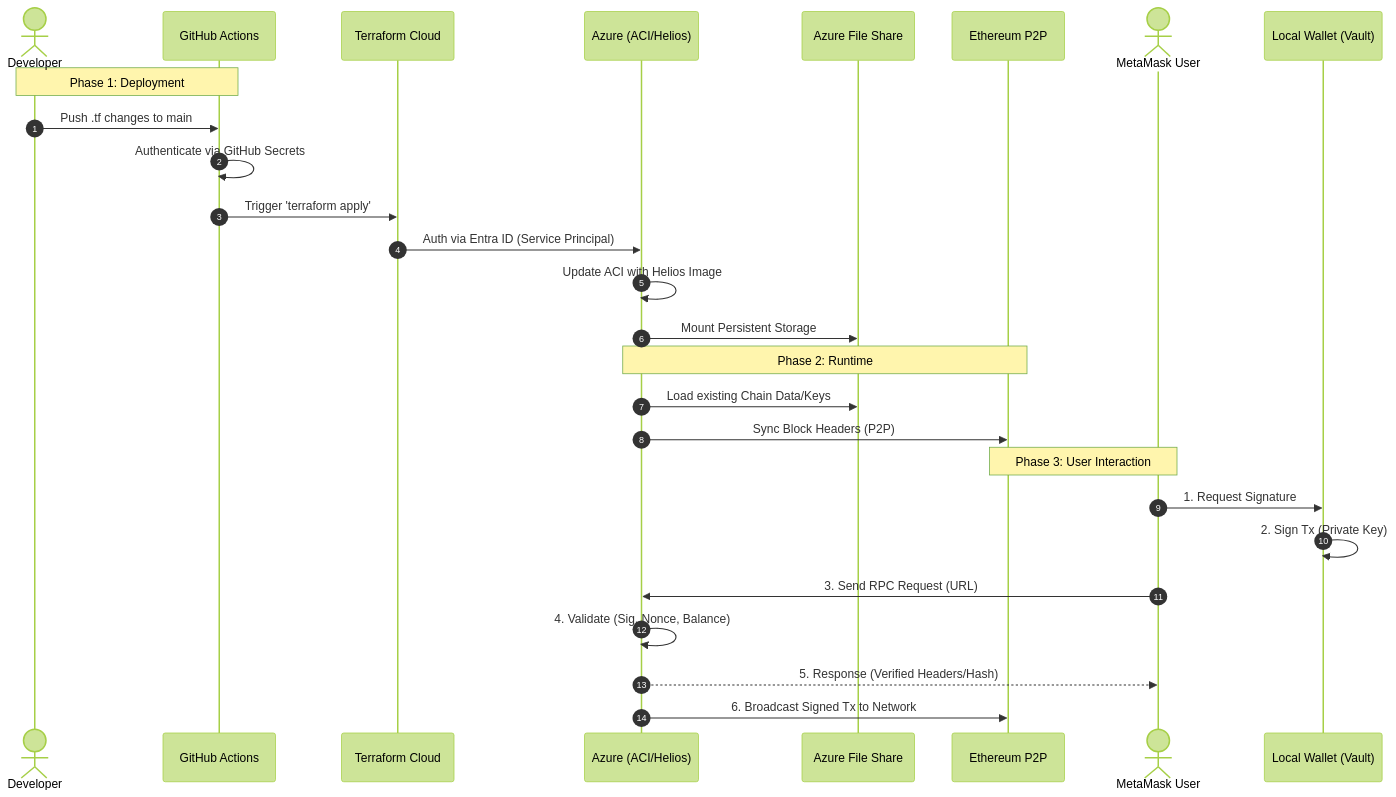
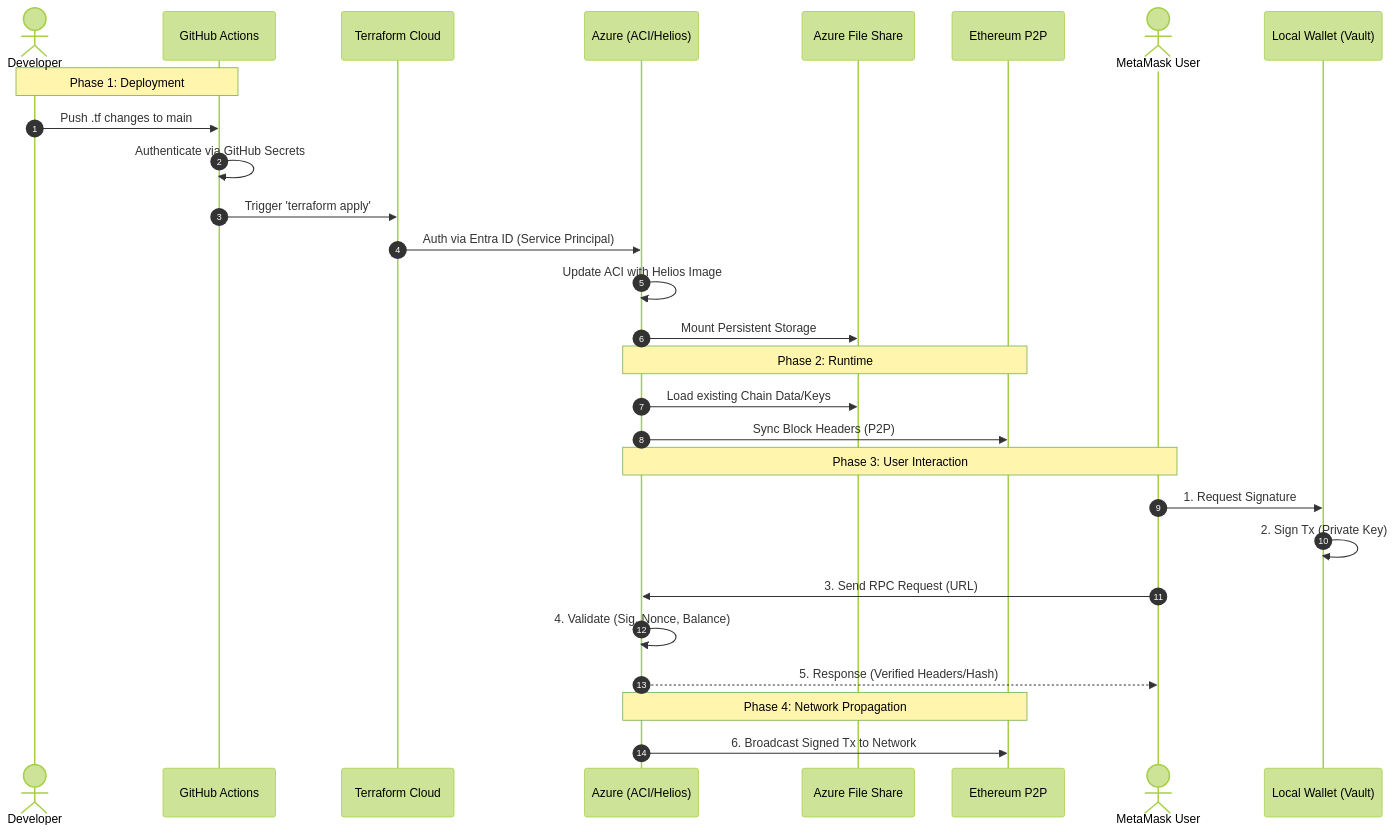
The fourth of 4 diagrams in HighLevelDesign.md (vfr750y/Cost-Optimized-Ethereum-Node-On-Azure), drawn with Mermaid (forest theme) before and after one commit.

Commit message:
edit hld - sequence diagram

````diff
--- a/HighLevelDesign.md
+++ b/HighLevelDesign.md
@@ -127,33 +127,35 @@
 ```mermaid
 sequenceDiagram
     autonumber
     actor Dev as Developer
     participant GH as GitHub Actions
     participant TF as Terraform Cloud
     participant Azure as Azure (ACI/Helios)
     participant FS as Azure File Share
     participant BC as Ethereum P2P
 
     Note over Dev, GH: Phase 1: Deployment
     Dev->>GH: Push .tf changes to main
     GH->>GH: Authenticate via GitHub Secrets
     GH->>TF: Trigger 'terraform apply'
     TF->>Azure: Auth via Entra ID (Service Principal)
     Azure->>Azure: Update ACI with Helios Image
     Azure->>FS: Mount Persistent Storage
 
     Note over Azure, BC: Phase 2: Runtime
     Azure->>FS: Load existing Chain Data/Keys
     Azure->>BC: Sync Block Headers (P2P)
     
-    Note over User, BC: Phase 3: User Interaction
+    Note over User, Azure: Phase 3: User Interaction
     actor User as MetaMask User
     participant Wallet as Local Wallet (Vault)
     
     User->>Wallet: 1. Request Signature
     Wallet->>Wallet: 2. Sign Tx (Private Key)
     User->>Azure: 3. Send RPC Request (URL)
     Azure->>Azure: 4. Validate (Sig, Nonce, Balance)
     Azure-->>User: 5. Response (Verified Headers/Hash)
+    
+    Note over Azure, BC: Phase 4: Network Propagation
     Azure->>BC: 6. Broadcast Signed Tx to Network
 ```
````
